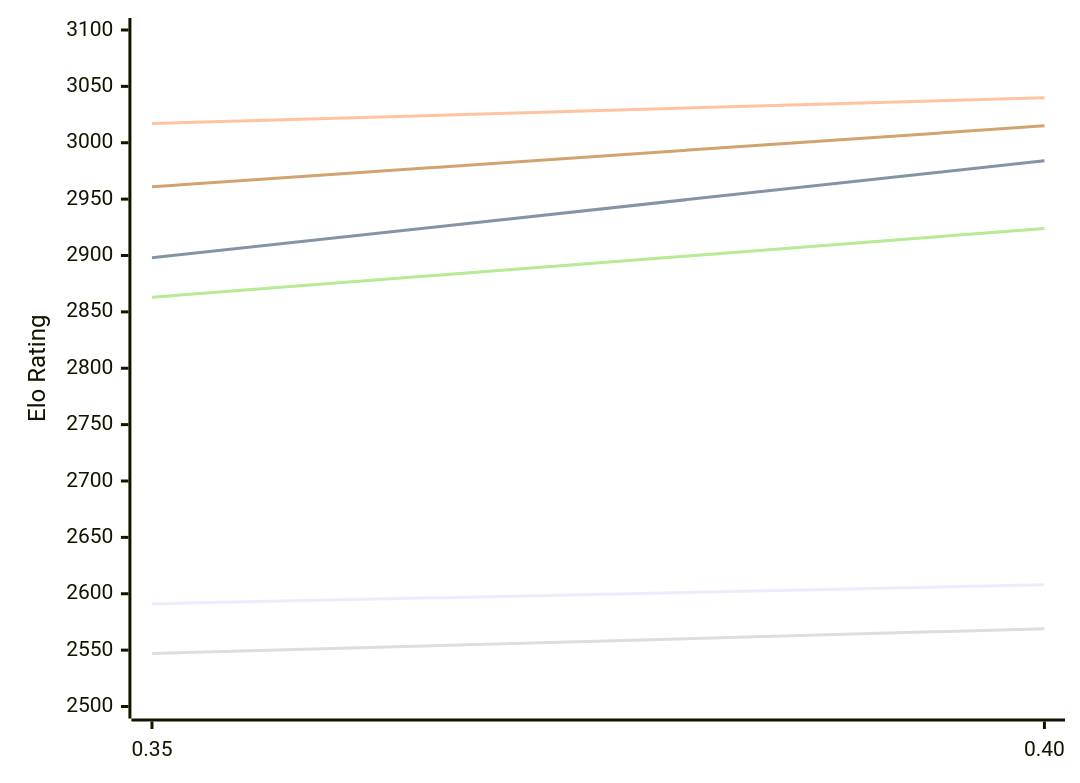
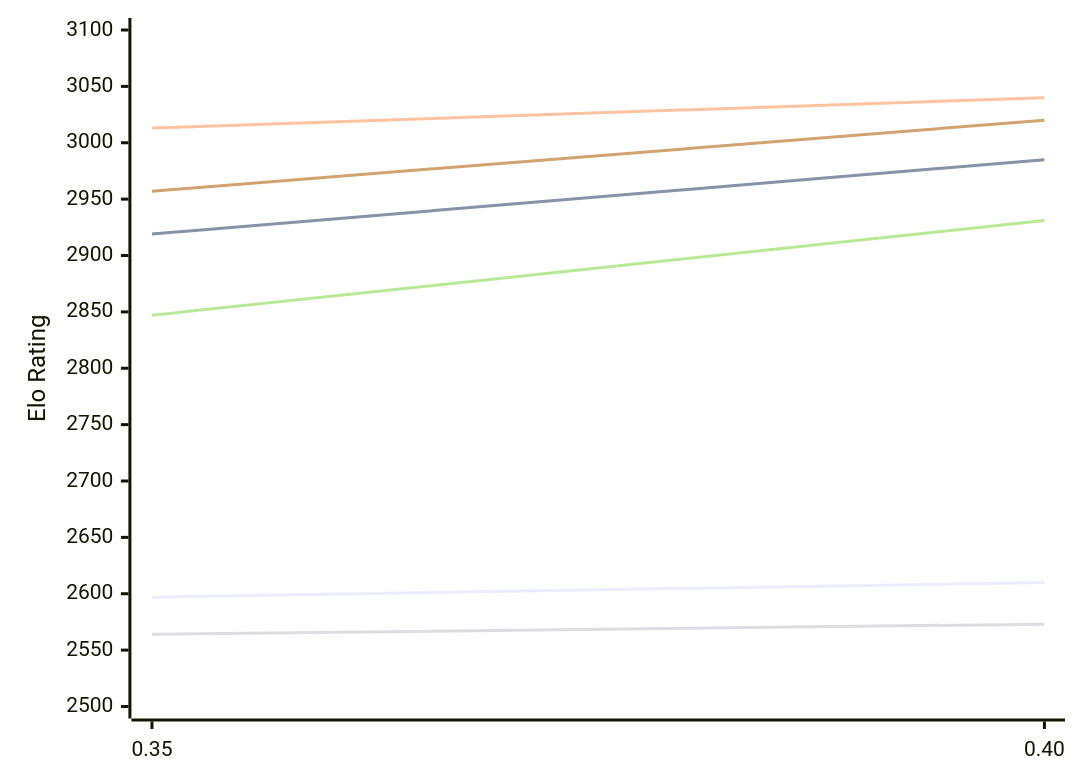
Before and after one commit to computer-chess-index/cci: the first of 2 diagrams in engines/Gecko.md, drawn with Mermaid. The commit also changed other lines of this file, not shown here.

Commit message:
Update CCI Ratings (ELO VLTC) - 2026-11-17

````diff
--- a/engines/Gecko.md
+++ b/engines/Gecko.md
@@ -54,12 +54,12 @@
 ```mermaid
 %%{init: {"theme":"base","themeVariables":{"seriesColors:['#a3a3a3','#222221','#faa371']}}}%%
 xychart-beta
   x-axis ["0.35", "0.40"]
   y-axis "Elo Rating" 2500 --> 3100
-  line "E1: STC (8.0+0.08s)" [2591, 2608]
-  line "E1: LTC (60.0+0.60s)" [2898, 2984]
-  line "E1: VLTC (2m24s+1.12s)" [3017, 3040]
-  line "P1: STC (8.0+0.08s)" [2547, 2569]
-  line "P1: LTC (60.0+0.60s)" [2863, 2924]
-  line "P1: VLTC (2m24s+1.12s)" [2961, 3015]
+  line "E1: STC (8.0+0.08s)" [2597, 2610]
+  line "E1: LTC (60.0+0.60s)" [2919, 2985]
+  line "E1: VLTC (2m24s+1.12s)" [3013, 3040]
+  line "P1: STC (8.0+0.08s)" [2564, 2573]
+  line "P1: LTC (60.0+0.60s)" [2847, 2931]
+  line "P1: VLTC (2m24s+1.12s)" [2957, 3020]
 ```
````
